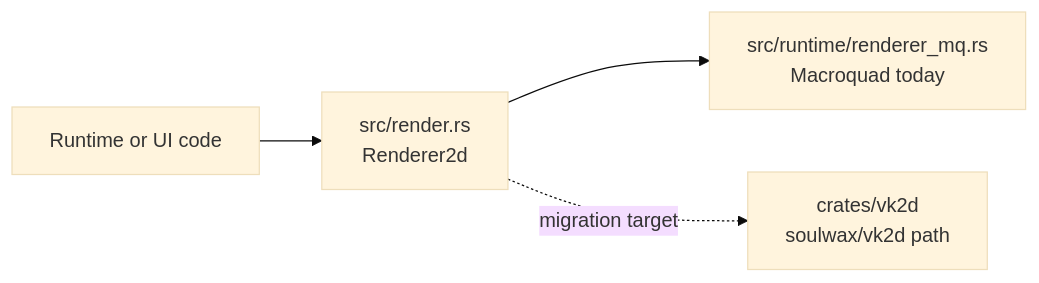
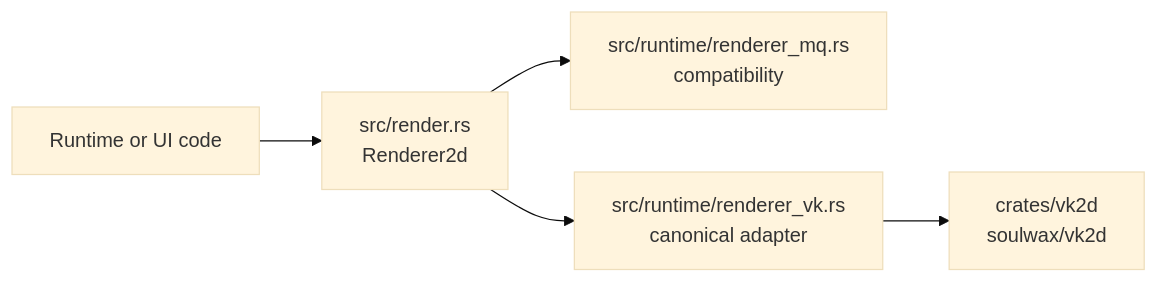
One commit to soulwax/EchoWiki changed the third of 3 diagrams in src/content/docs/pages/architecture/module-boundaries.md. Above: the diagram before and after it, drawn with Mermaid (base theme). The commit also changed other lines of this file and 17 other files, not shown here.

Commit message:
docs: establish vk2d as canonical renderer

````diff
--- a/src/content/docs/pages/architecture/module-boundaries.md
+++ b/src/content/docs/pages/architecture/module-boundaries.md
@@ -111,11 +113,12 @@
 ```mermaid
 flowchart LR
     game[Runtime or UI code]
     boundary[src/render.rs<br/>Renderer2d]
-    mq[src/runtime/renderer_mq.rs<br/>Macroquad today]
-    vk[crates/vk2d<br/>soulwax/vk2d path]
+    mq[src/runtime/renderer_mq.rs<br/>compatibility]
+    vk[src/runtime/renderer_vk.rs<br/>canonical adapter]
+    crate[crates/vk2d<br/>soulwax/vk2d]
 
     game --> boundary
     boundary --> mq
-    boundary -. migration target .-> vk
+    boundary --> vk --> crate
 ```
````
